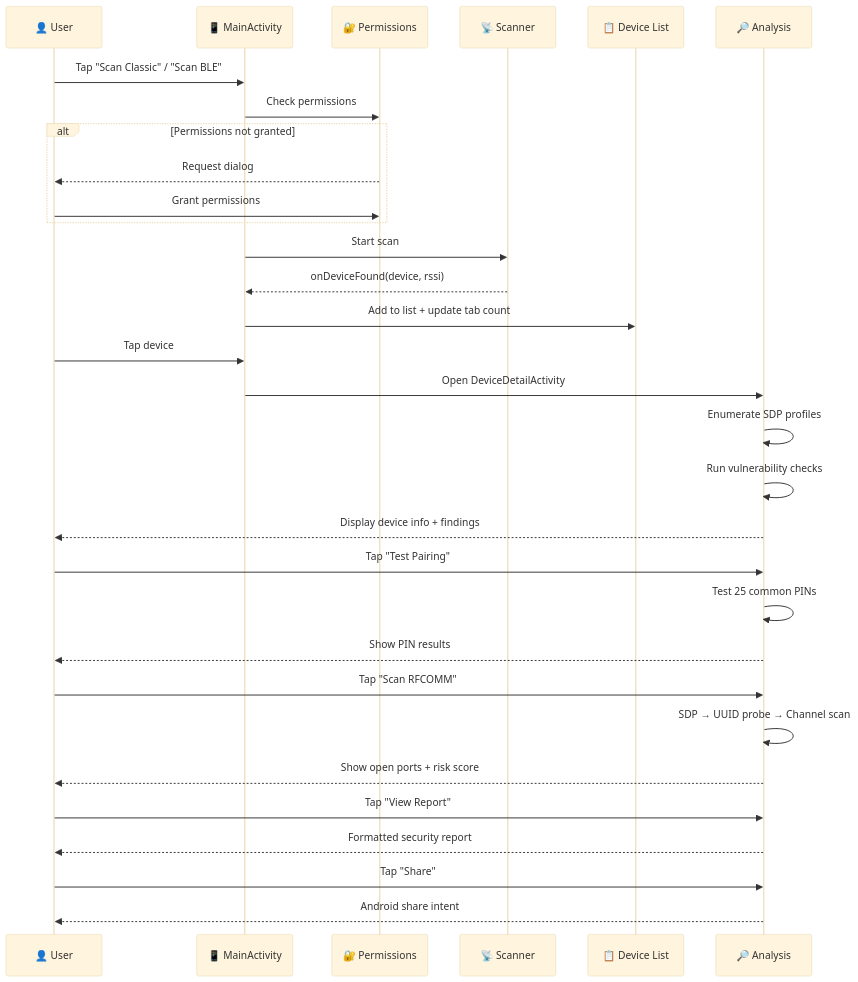
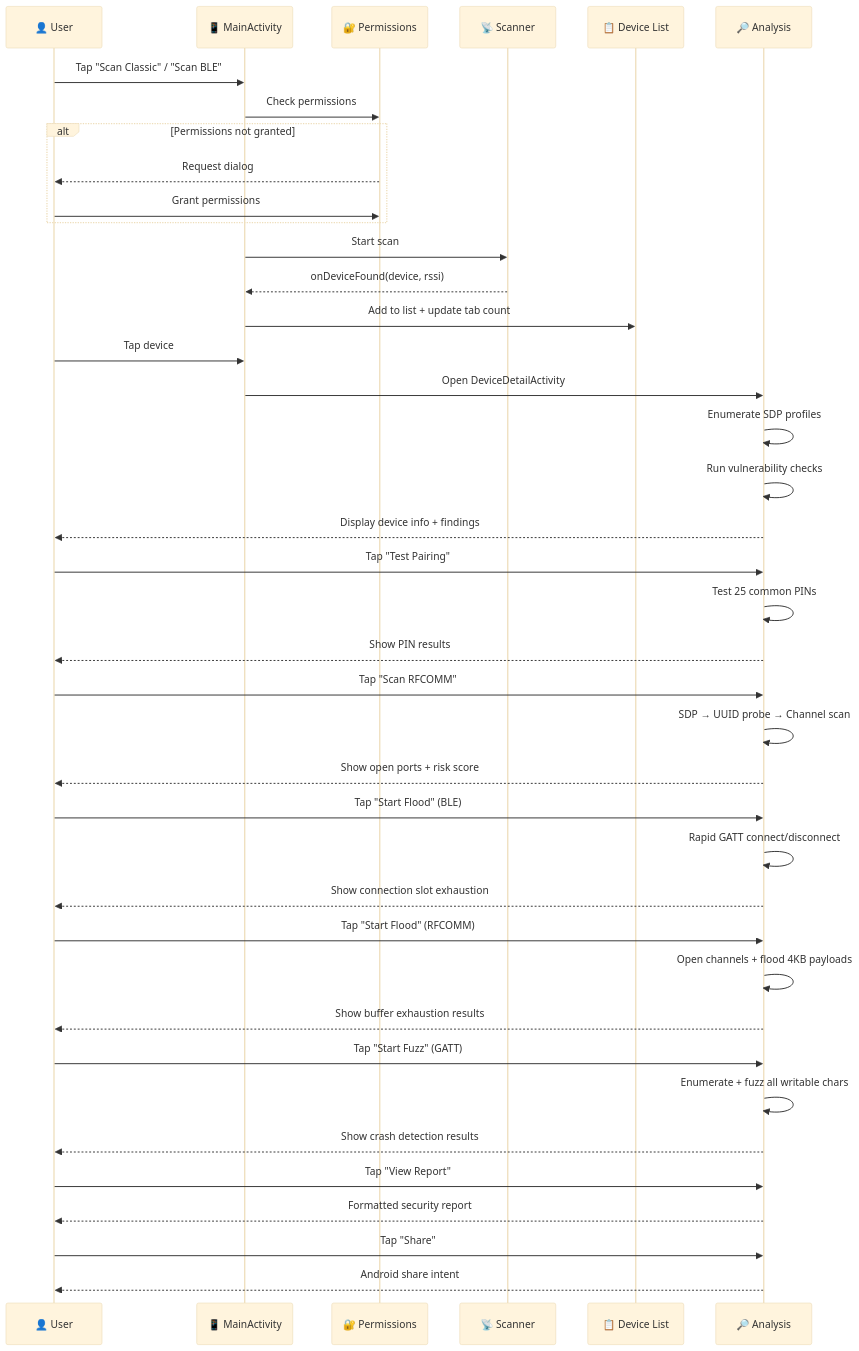
Before and after one commit to MysticDevloper/BluetoothSecLab: the second of 2 diagrams in README.md, drawn with Mermaid (base theme). The commit also changed other lines of this file and 5 other files, not shown here.

````diff
--- a/README.md
+++ b/README.md
@@ -279,40 +375,52 @@
 ```mermaid
 sequenceDiagram
     participant U as 👤 User
     participant M as 📱 MainActivity
     participant P as 🔐 Permissions
     participant S as 📡 Scanner
     participant D as 📋 Device List
     participant A as 🔎 Analysis
 
     U->>M: Tap "Scan Classic" / "Scan BLE"
     M->>P: Check permissions
     
     alt Permissions not granted
         P-->>U: Request dialog
         U->>P: Grant permissions
     end
     
     M->>S: Start scan
     S-->>M: onDeviceFound(device, rssi)
     M->>D: Add to list + update tab count
     
     U->>M: Tap device
     M->>A: Open DeviceDetailActivity
     A->>A: Enumerate SDP profiles
     A->>A: Run vulnerability checks
     A-->>U: Display device info + findings
     
     U->>A: Tap "Test Pairing"
     A->>A: Test 25 common PINs
     A-->>U: Show PIN results
     
     U->>A: Tap "Scan RFCOMM"
     A->>A: SDP → UUID probe → Channel scan
     A-->>U: Show open ports + risk score
+
+    U->>A: Tap "Start Flood" (BLE)
+    A->>A: Rapid GATT connect/disconnect
+    A-->>U: Show connection slot exhaustion
+
+    U->>A: Tap "Start Flood" (RFCOMM)
+    A->>A: Open channels + flood 4KB payloads
+    A-->>U: Show buffer exhaustion results
+
+    U->>A: Tap "Start Fuzz" (GATT)
+    A->>A: Enumerate + fuzz all writable chars
+    A-->>U: Show crash detection results
     
     U->>A: Tap "View Report"
     A-->>U: Formatted security report
     U->>A: Tap "Share"
     A-->>U: Android share intent
 ```
````
